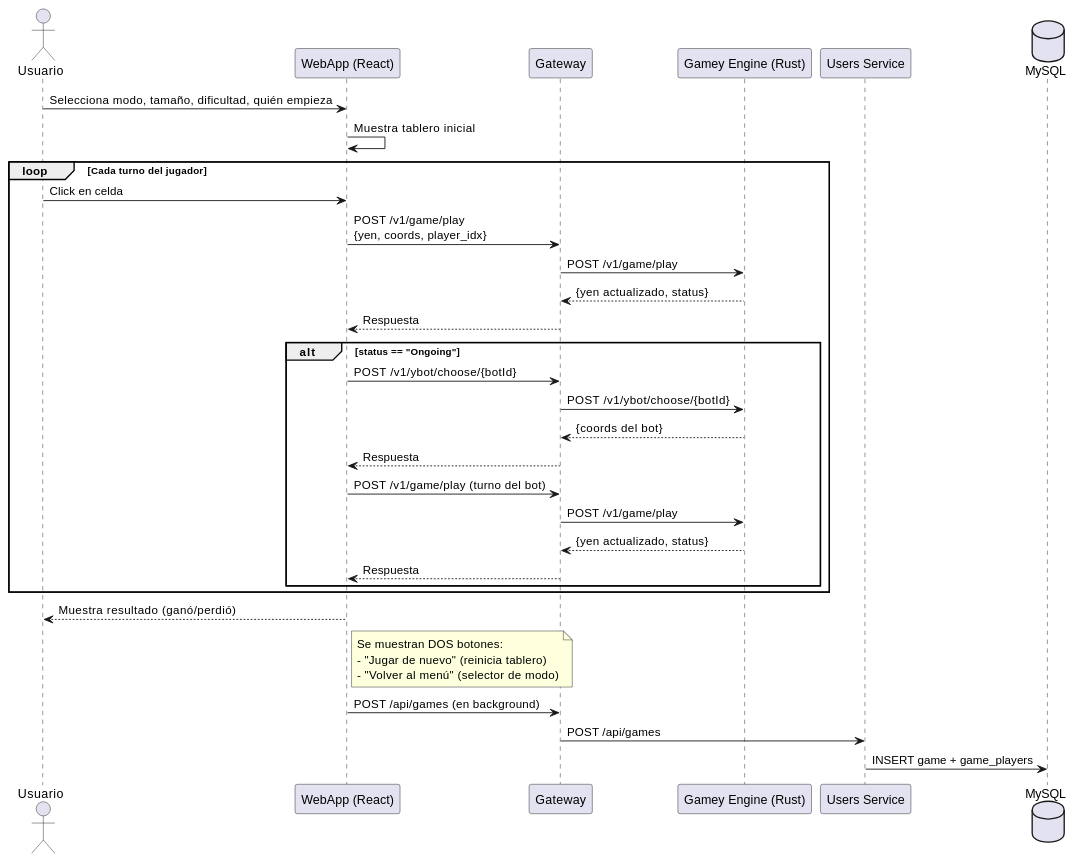
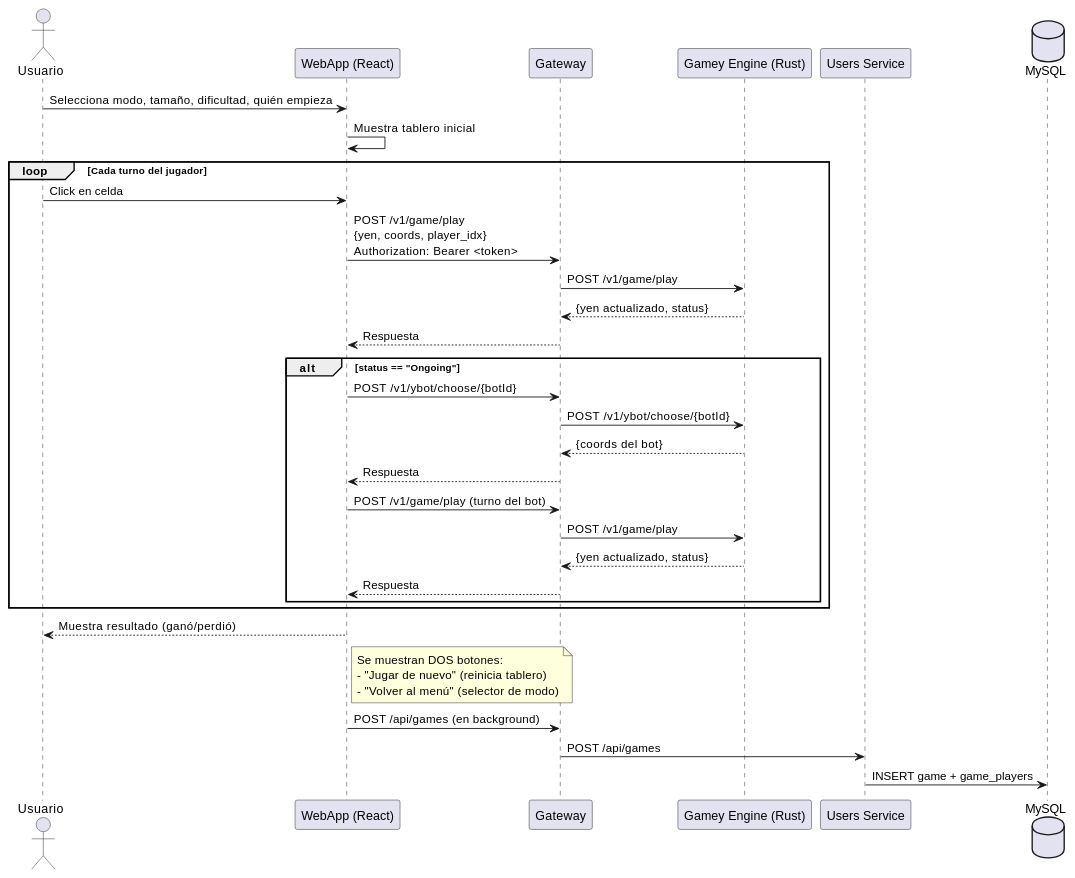
The third of 8 diagrams in docs/src/06_runtime_view.adoc (Arquisoft/yovi_es4c), drawn with PlantUML before and after one commit. The commit also changed other lines of this file and 9 other files, not shown here.

Commit message:
Actualizacion de documentacion y creacion de script para el funcionamiento independiente del classpath del plantuml

```diff
--- a/docs/src/06_runtime_view.adoc
+++ b/docs/src/06_runtime_view.adoc
@@ -36,42 +68,42 @@
 [plantuml,"Partida vs Bot",png]
 ----
 actor Usuario
 participant "WebApp (React)" as WebApp
 participant "Gateway" as GW
 participant "Gamey Engine (Rust)" as Gamey
 participant "Users Service" as US
 database "MySQL" as DB
 
 Usuario -> WebApp: Selecciona modo, tamaño, dificultad, quién empieza
 WebApp -> WebApp: Muestra tablero inicial
 
 loop Cada turno del jugador
   Usuario -> WebApp: Click en celda
-  WebApp -> GW: POST /v1/game/play\n{yen, coords, player_idx}
+  WebApp -> GW: POST /v1/game/play\n{yen, coords, player_idx}\nAuthorization: Bearer <token>
   GW -> Gamey: POST /v1/game/play
   Gamey --> GW: {yen actualizado, status}
   GW --> WebApp: Respuesta
 
   alt status == "Ongoing"
     WebApp -> GW: POST /v1/ybot/choose/{botId}
     GW -> Gamey: POST /v1/ybot/choose/{botId}
     Gamey --> GW: {coords del bot}
     GW --> WebApp: Respuesta
     WebApp -> GW: POST /v1/game/play (turno del bot)
     GW -> Gamey: POST /v1/game/play
     Gamey --> GW: {yen actualizado, status}
     GW --> WebApp: Respuesta
   end
 end
 
 WebApp --> Usuario: Muestra resultado (ganó/perdió)
 note right of WebApp
   Se muestran DOS botones:
   - "Jugar de nuevo" (reinicia tablero)
   - "Volver al menú" (selector de modo)
 end note
 
 WebApp -> GW: POST /api/games (en background)
 GW -> US: POST /api/games
 US -> DB: INSERT game + game_players
 ----
```
